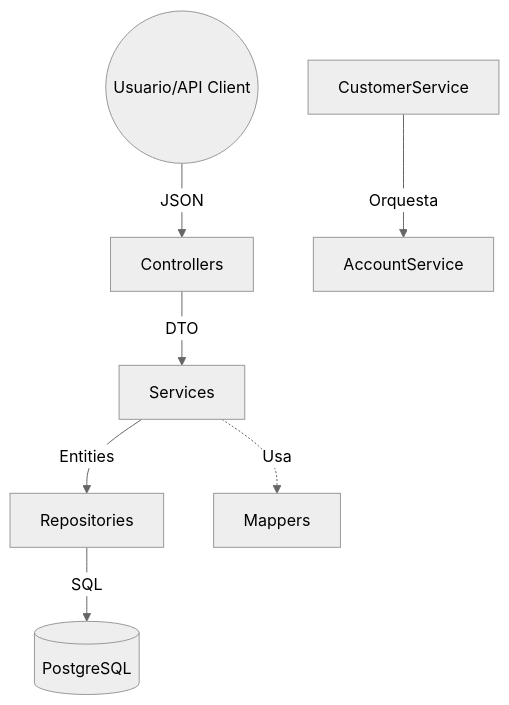
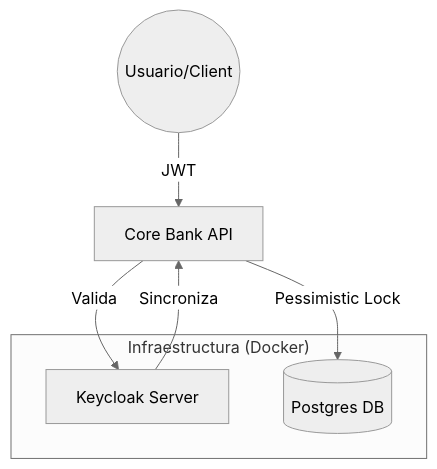
Before and after one commit to ricardovargasri/core-bank: the diagram in README.md, drawn with Mermaid (neutral theme). The commit also changed other lines of this file, not shown here.

````diff
--- a/README.md
+++ b/README.md
@@ -17,10 +22,12 @@
 ```mermaid
 graph TD
-    User((Usuario/API Client)) -->|JSON| Controller[Controllers]
-    Controller -->|DTO| Service[Services]
-    Service -->|Entities| Repository[Repositories]
-    Repository -->|SQL| DB[(PostgreSQL)]
+    User((Usuario/Client)) -->|JWT| API[Core Bank API]
+    API -->|Valida| KC[Keycloak Server]
+    API -->|Pessimistic Lock| DB[(Postgres DB)]
+    KC -->|Sincroniza| API
     
-    Service -.->|Usa| Mapper[Mappers]
-    CustomerService -->|Orquesta| AccountService[AccountService]
+    subgraph "Infraestructura (Docker)"
+    KC
+    DB
+    end
 ```
````
